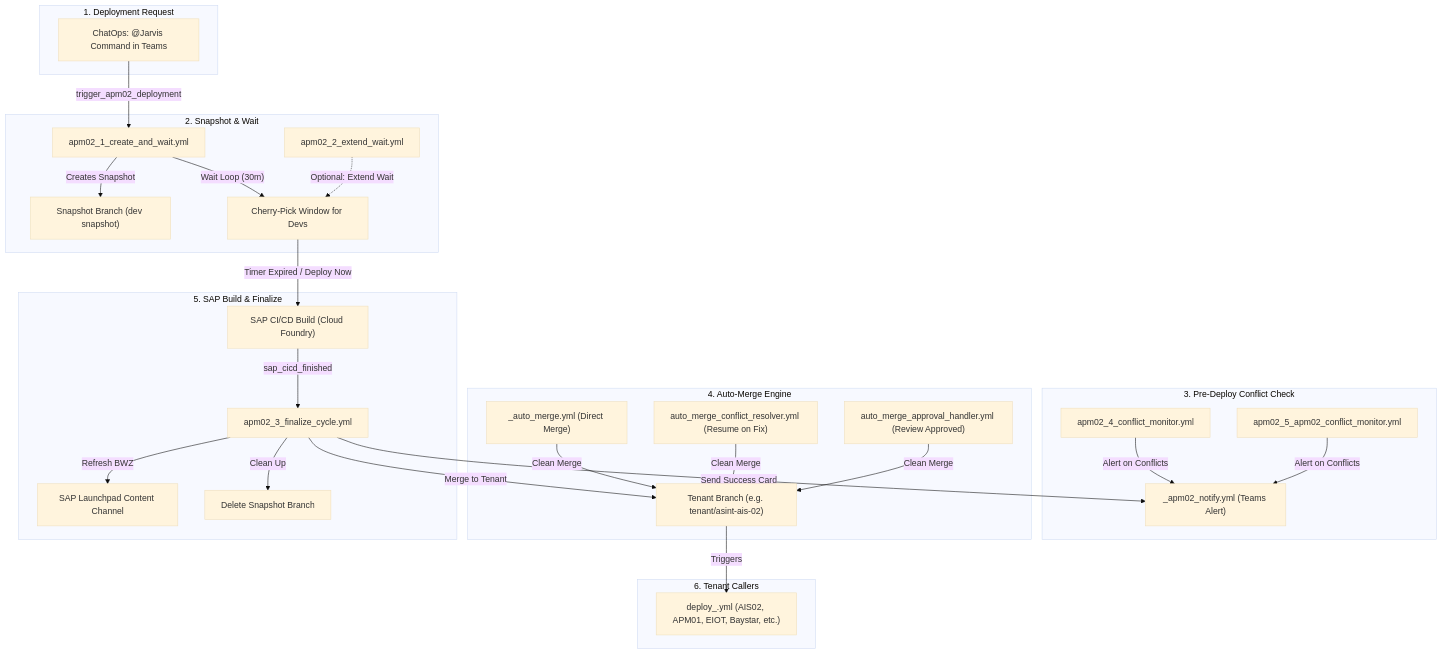
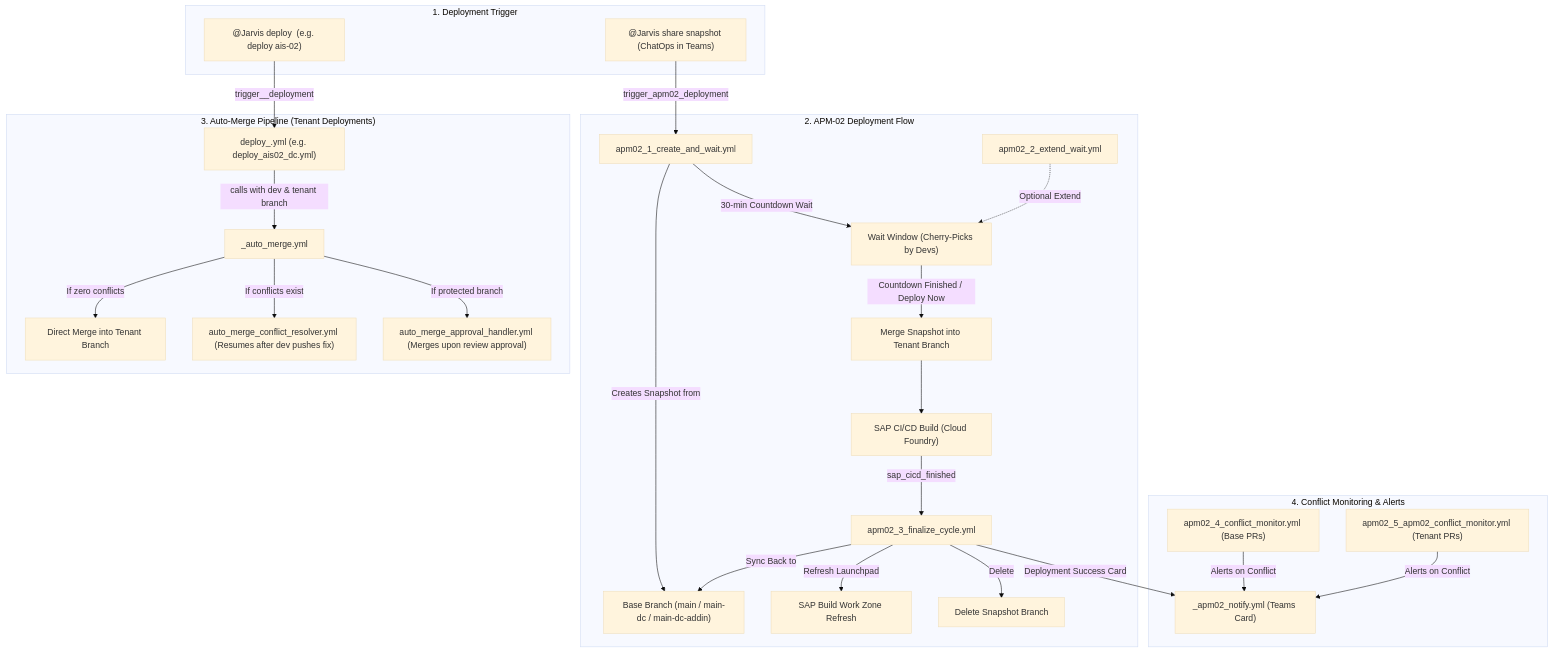
One commit to Daxesh-Asint/GitHub-Actions-Trial-2 changed the diagram in docs/WORKFLOW_INVENTORY_DOCUMENT.md. Above: the diagram before and after it, drawn with Mermaid (base theme). The commit also changed other lines of this file and 1 other file, not shown here.

Commit message:
docs: sync verified documentation and log Prompt 83

````diff
--- a/docs/WORKFLOW_INVENTORY_DOCUMENT.md
+++ b/docs/WORKFLOW_INVENTORY_DOCUMENT.md
@@ -263,38 +282,35 @@
 ```mermaid
 flowchart TD
-    subgraph Trigger["1. Deployment Request"]
-        A["ChatOps: @Jarvis Command in Teams"]
+    subgraph Trigger["1. Deployment Trigger"]
+        A["@Jarvis share snapshot (ChatOps in Teams)"]
+        A2["@Jarvis deploy <tenant> (e.g. deploy ais-02)"]
     end
 
-    subgraph Phase1["2. Snapshot & Wait"]
+    subgraph APM02_Cycle["2. APM-02 Deployment Flow"]
         A -->|"trigger_apm02_deployment"| B["apm02_1_create_and_wait.yml"]
-        B -->|"Creates Snapshot"| B1["Snapshot Branch (dev snapshot)"]
-        B -->|"Wait Loop (30m)"| B2["Cherry-Pick Window for Devs"]
-        C["apm02_2_extend_wait.yml"] -.->|"Optional: Extend Wait"| B2
+        B -->|"Creates Snapshot from"| Main["Base Branch (main / main-dc / main-dc-addin)"]
+        B -->|"30-min Countdown Wait"| Wait["Wait Window (Cherry-Picks by Devs)"]
+        Ext["apm02_2_extend_wait.yml"] -.->|"Optional Extend"| Wait
+        Wait -->|"Countdown Finished / Deploy Now"| MergeTenant["Merge Snapshot into Tenant Branch"]
+        MergeTenant --> SAP["SAP CI/CD Build (Cloud Foundry)"]
+        SAP -->|"sap_cicd_finished"| Fin["apm02_3_finalize_cycle.yml"]
+        Fin -->|"Sync Back to"| Main
+        Fin -->|"Refresh Launchpad"| BWZ["SAP Build Work Zone Refresh"]
+        Fin -->|"Delete"| Del["Delete Snapshot Branch"]
     end
 
-    subgraph Phase2["3. Pre-Deploy Conflict Check"]
-        D["apm02_4_conflict_monitor.yml"] & E["apm02_5_apm02_conflict_monitor.yml"]
-        D & E -->|"Alert on Conflicts"| N["_apm02_notify.yml (Teams Alert)"]
+    subgraph AutoMerge_Flow["3. Auto-Merge Pipeline (Tenant Deployments)"]
+        A2 -->|"trigger_<tenant>_deployment"| Caller["deploy_<tenant>.yml (e.g. deploy_ais02_dc.yml)"]
+        Caller -->|"calls with dev & tenant branch"| AutoMerge["_auto_merge.yml"]
+        AutoMerge -->|"If zero conflicts"| DirectMerge["Direct Merge into Tenant Branch"]
+        AutoMerge -->|"If conflicts exist"| Resolver["auto_merge_conflict_resolver.yml (Resumes after dev pushes fix)"]
+        AutoMerge -->|"If protected branch"| Approval["auto_merge_approval_handler.yml (Merges upon review approval)"]
     end
 
-    subgraph Phase3["4. Auto-Merge Engine"]
-        F["_auto_merge.yml (Direct Merge)"]
-        G["auto_merge_conflict_resolver.yml (Resume on Fix)"]
-        H["auto_merge_approval_handler.yml (Review Approved)"]
-        F & G & H -->|"Clean Merge"| T["Tenant Branch (e.g. tenant/asint-ais-02)"]
-    end
-
-    subgraph Phase4["5. SAP Build & Finalize"]
-        B2 -->|"Timer Expired / Deploy Now"| SAP["SAP CI/CD Build (Cloud Foundry)"]
-        SAP -->|"sap_cicd_finished"| I["apm02_3_finalize_cycle.yml"]
-        I -->|"Merge to Tenant"| T
-        I -->|"Refresh BWZ"| BWZ["SAP Launchpad Content Channel"]
-        I -->|"Send Success Card"| N
-        I -->|"Clean Up"| Del["Delete Snapshot Branch"]
-    end
-
-    subgraph Phase5["6. Tenant Callers"]
-        T -->|"Triggers"| TC["deploy_<tenant>.yml (AIS02, APM01, EIOT, Baystar, etc.)"]
+    subgraph Monitoring["4. Conflict Monitoring & Alerts"]
+        Mon1["apm02_4_conflict_monitor.yml (Base PRs)"]
+        Mon2["apm02_5_apm02_conflict_monitor.yml (Tenant PRs)"]
+        Mon1 & Mon2 -->|"Alerts on Conflict"| Notify["_apm02_notify.yml (Teams Card)"]
+        Fin -->|"Deployment Success Card"| Notify
     end
 ```
````
